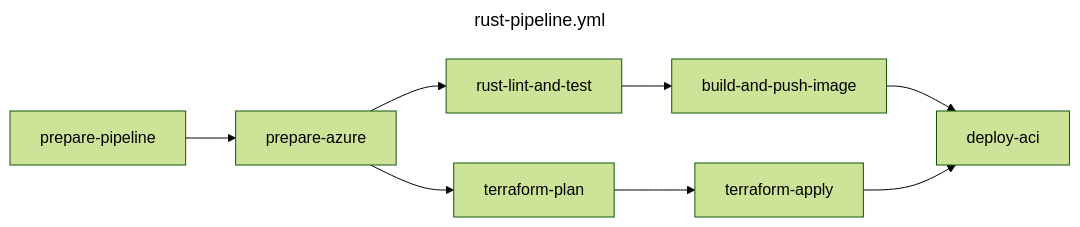
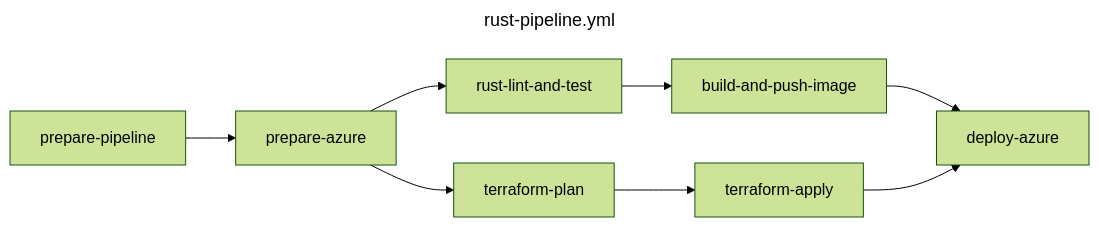
One commit to lerpz-com/github-actions changed the diagram in README.md. Above: the diagram before and after it, drawn with Mermaid (forest theme).

Commit message:
Renamed step in README.md

````diff
--- a/README.md
+++ b/README.md
@@ -11,13 +11,13 @@
 ```mermaid
 ---
 title: rust-pipeline.yml
 ---
 flowchart LR;
     PP[prepare-pipeline] --> PA[prepare-azure]
     PA --> TP[terraform-plan]
     TP --> TA[terraform-apply]
     PA --> RLAT[rust-lint-and-test]
     RLAT --> BAPI[build-and-push-image]
-    BAPI --> DA[deploy-aci]
+    BAPI --> DA[deploy-azure]
     TA --> DA
 ```
````
